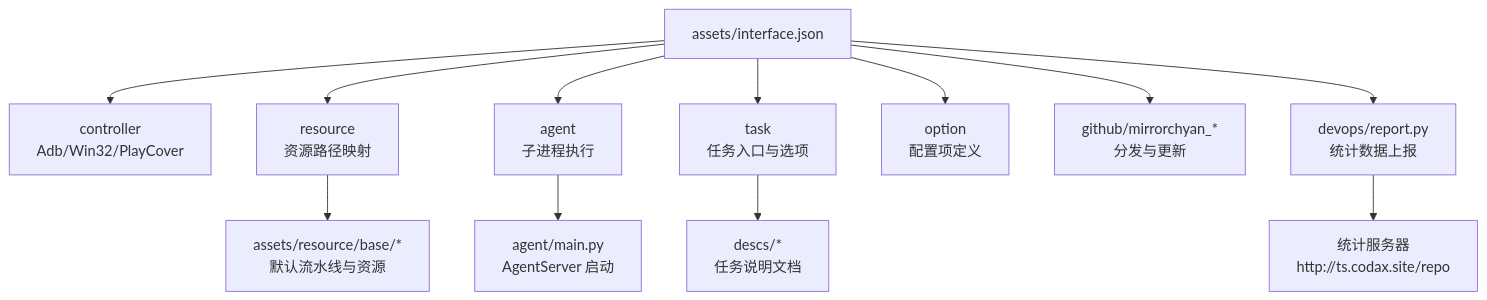
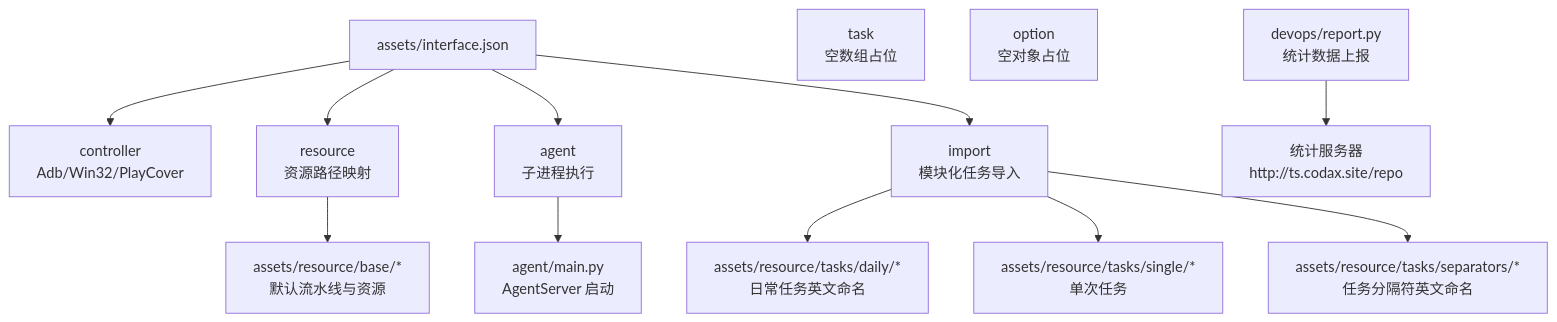
Before and after one commit to kqcoxn/MaaDuDuL: the first of 8 diagrams in .qoder/repowiki/zh/content/系统架构与设计/配置体系与资源管理/界面接口配置/界面接口配置.md, drawn with Mermaid. The commit also changed other lines of this file and 18 other files, not shown here.

````diff
--- a/.qoder/repowiki/zh/content/系统架构与设计/配置体系与资源管理/界面接口配置/界面接口配置.md
+++ b/.qoder/repowiki/zh/content/系统架构与设计/配置体系与资源管理/界面接口配置/界面接口配置.md
@@ -56,14 +59,16 @@
 ```mermaid
 graph TB
 A["assets/interface.json"] --> B["controller<br/>Adb/Win32/PlayCover"]
 A --> C["resource<br/>资源路径映射"]
 A --> D["agent<br/>子进程执行"]
-A --> E["task<br/>任务入口与选项"]
-A --> F["option<br/>配置项定义"]
-A --> G["github/mirrorchyan_*<br/>分发与更新"]
-A --> H["devops/report.py<br/>统计数据上报"]
-C --> I["assets/resource/base/*<br/>默认流水线与资源"]
-E --> J["descs/*<br/>任务说明文档"]
-D --> K["agent/main.py<br/>AgentServer 启动"]
-H --> L["统计服务器<br/>http://ts.codax.site/repo"]
+A --> E["import<br/>模块化任务导入"]
+E --> F["assets/resource/tasks/daily/*<br/>日常任务英文命名"]
+E --> G["assets/resource/tasks/single/*<br/>单次任务"]
+E --> H["assets/resource/tasks/separators/*<br/>任务分隔符英文命名"]
+I["task<br/>空数组占位"]
+J["option<br/>空对象占位"]
+K["devops/report.py<br/>统计数据上报"]
+C --> L["assets/resource/base/*<br/>默认流水线与资源"]
+D --> M["agent/main.py<br/>AgentServer 启动"]
+K --> N["统计服务器<br/>http://ts.codax.site/repo"]
 ```
````
